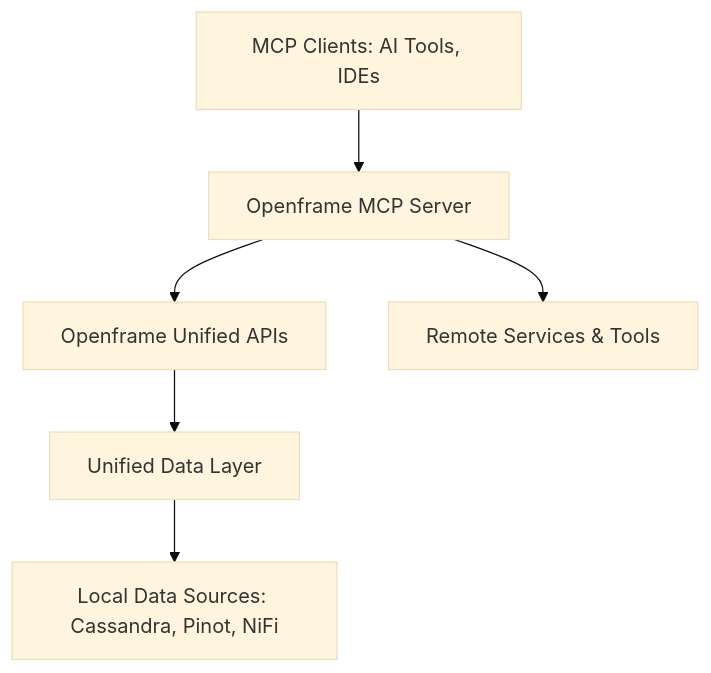
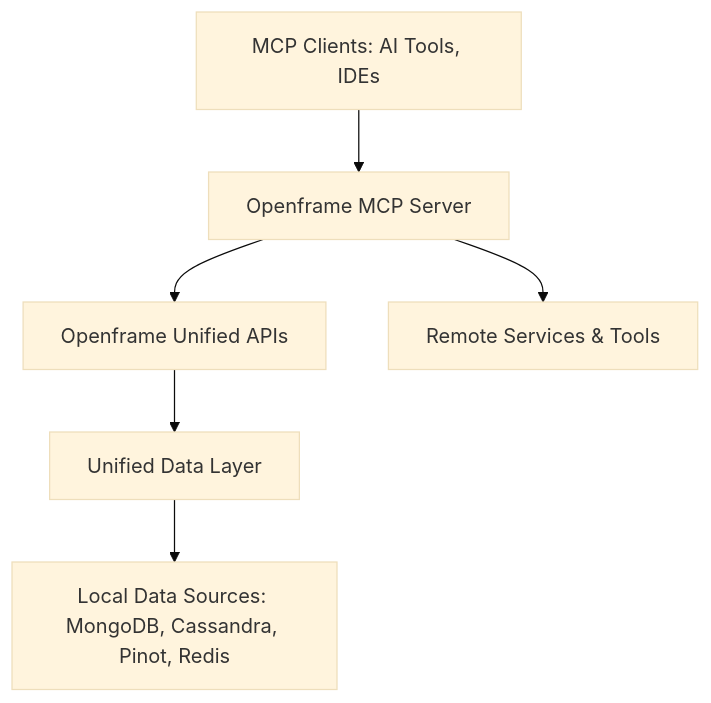
The seventh of 7 diagrams in docs/README.md (flamingo-stack/openframe-oss-tenant), drawn with Mermaid (base theme) before and after one commit. The commit also changed other lines of this file and 7 other files, not shown here.

First line of the commit message:
Update architecture diagrams and remove outdated NiFi references

````diff
--- a/docs/README.md
+++ b/docs/README.md
@@ -115,8 +122,8 @@
 ```mermaid
 graph TD
     MCP_Client[MCP Clients: AI Tools, IDEs] --> MCP_Server[Openframe MCP Server]
     MCP_Server --> APIs[Openframe Unified APIs]
     APIs --> DataLayer[Unified Data Layer]
-    DataLayer --> LocalData[Local Data Sources: Cassandra, Pinot, NiFi]
+    DataLayer --> LocalData[Local Data Sources: MongoDB, Cassandra, Pinot, Redis]
     MCP_Server --> RemoteServices[Remote Services & Tools]
 ```
````
